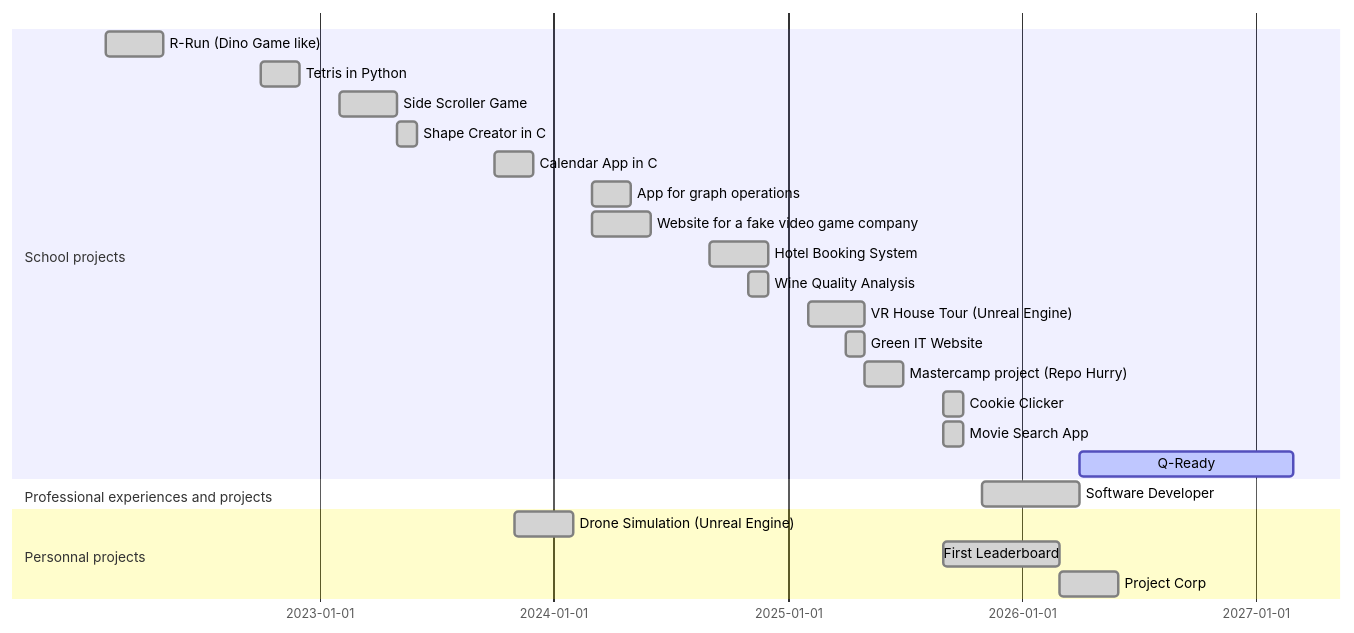
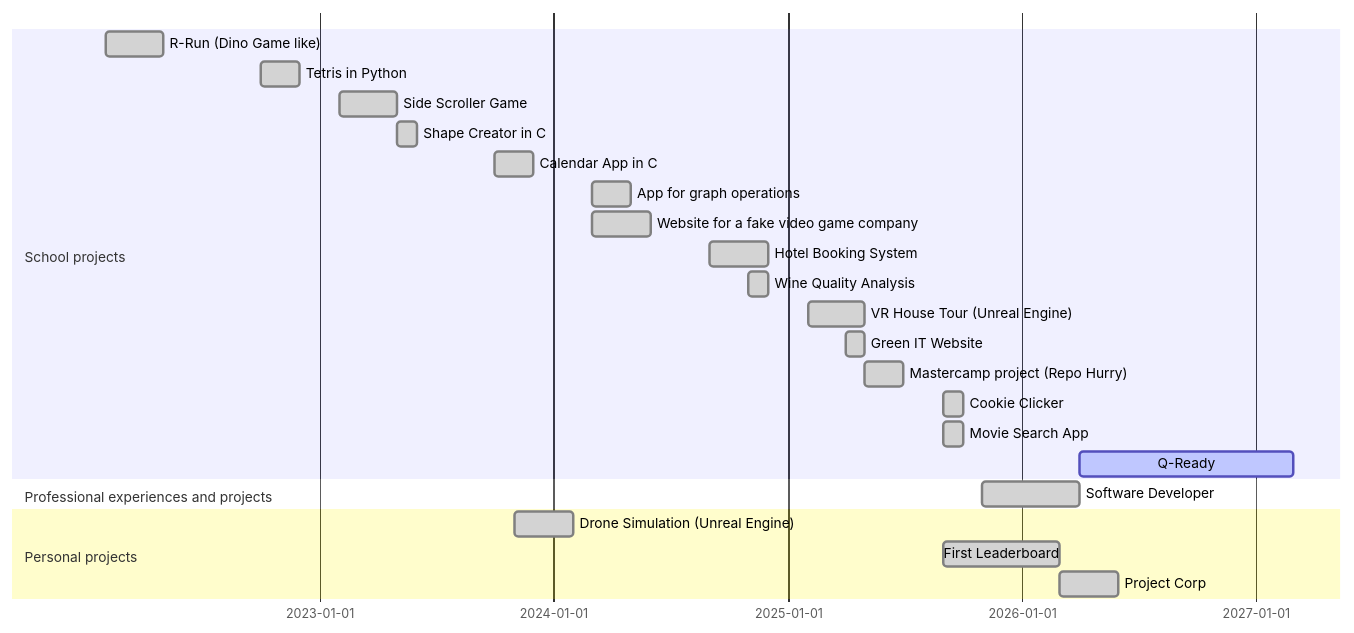
The diagram in Readme.md (Rowuni/Rowuni), drawn with Mermaid before and after one commit.

Commit message:
fix: spelling mistake

````diff
--- a/Readme.md
+++ b/Readme.md
@@ -190,26 +190,26 @@
 ```mermaid
 gantt
     dateFormat  YYYY-MM
     section School projects
     R-Run (Dino Game like)       :done, 2022-02, 2022-05
     Tetris in Python       :done, 2022-10, 2022-12
     Side Scroller Game       :done, 2023-02, 2023-05
     Shape Creator in C       :done, 2023-05, 2023-06
     Calendar App in C      :done, 2023-10, 2023-12
     App for graph operations       :done, 2024-03, 2024-05
     Website for a fake video game company       :done, 2024-03, 2024-06
     Hotel Booking System       :done, 2024-09, 2024-12
     Wine Quality Analysis       :done, 2024-11, 2024-12
     VR House Tour (Unreal Engine)       :done, 2025-02, 2025-05
     Green IT Website       :done, 2025-04, 2025-05
     Mastercamp project (Repo Hurry)       :done, 2025-05, 2025-07
     Cookie Clicker         :done, 2025-09, 2025-10
     Movie Search App       :done, 2025-09, 2025-10
     Q-Ready        :active, 2026-04, 2027-03
     section Professional experiences and projects
     Software Developer           :done, 2025-11, 2026-04
-    section Personnal projects
+    section Personal projects
     Drone Simulation (Unreal Engine)       :done, 2023-11, 2024-02
     First Leaderboard       :done, 2025-09, 2026-03
     Project Corp       :done, 2026-03, 2026-06
 ```
````
